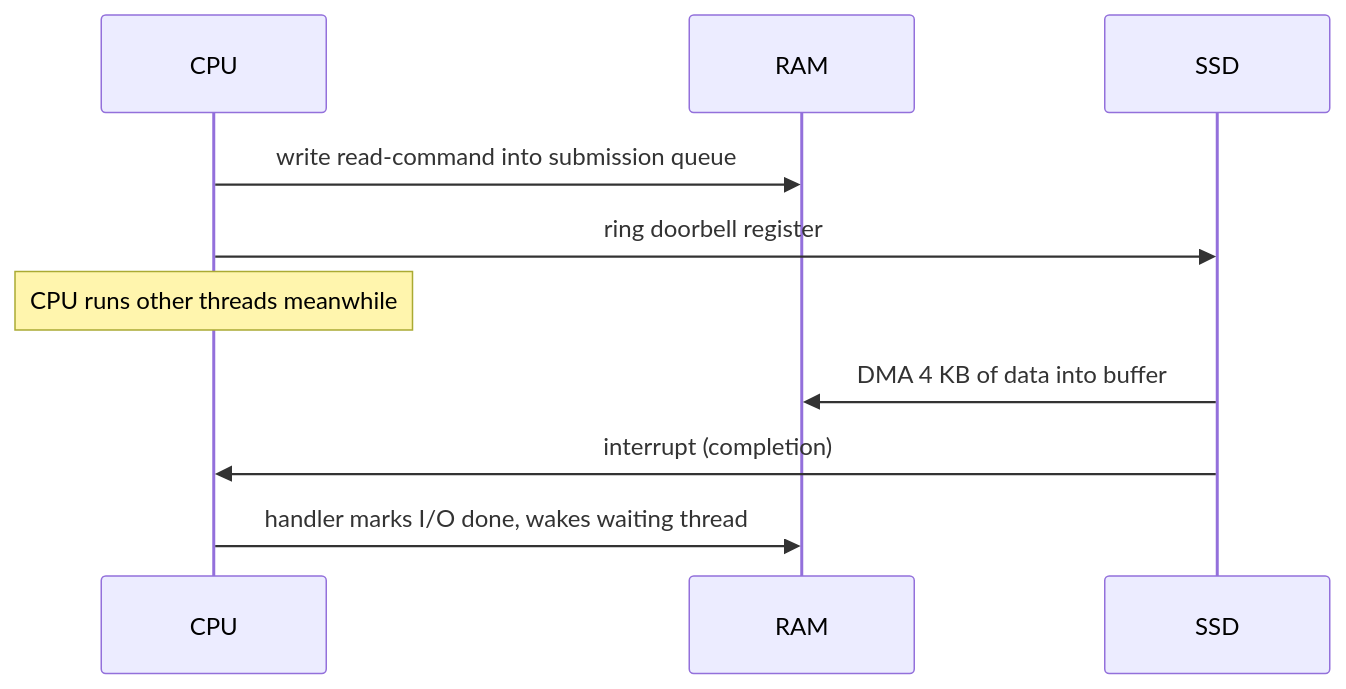
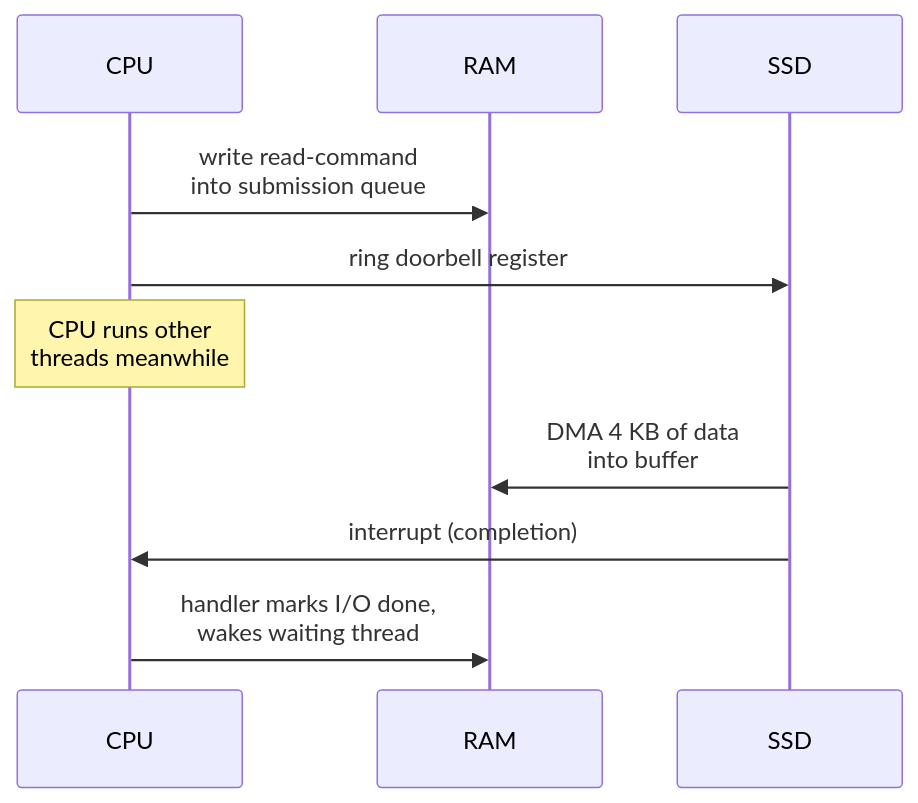
The diagram in content/lessons/os/os-hardware-model.md (Siva010/CoreCS), drawn with Mermaid before and after one commit. The commit also changed 19 other files, not shown here.

First line of the commit message:
Merge the OS and Networks diagram readability fixes

````diff
--- a/content/lessons/os/os-hardware-model.md
+++ b/content/lessons/os/os-hardware-model.md
@@ -125,12 +125,12 @@
 ```mermaid
 sequenceDiagram
     participant CPU
     participant RAM
     participant SSD
-    CPU->>RAM: write read-command into submission queue
+    CPU->>RAM: write read-command<br/>into submission queue
     CPU->>SSD: ring doorbell register
-    Note over CPU: CPU runs other threads meanwhile
-    SSD->>RAM: DMA 4 KB of data into buffer
+    Note over CPU: CPU runs other<br/>threads meanwhile
+    SSD->>RAM: DMA 4 KB of data<br/>into buffer
     SSD->>CPU: interrupt (completion)
-    CPU->>RAM: handler marks I/O done, wakes waiting thread
+    CPU->>RAM: handler marks I/O done,<br/>wakes waiting thread
 ```
````
